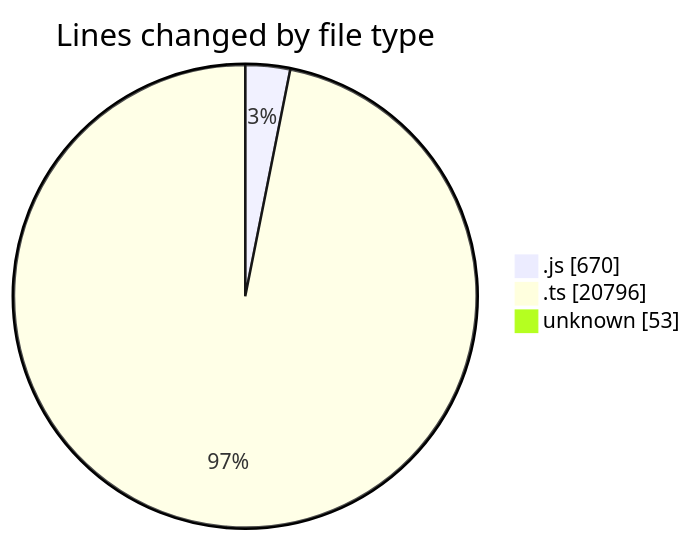
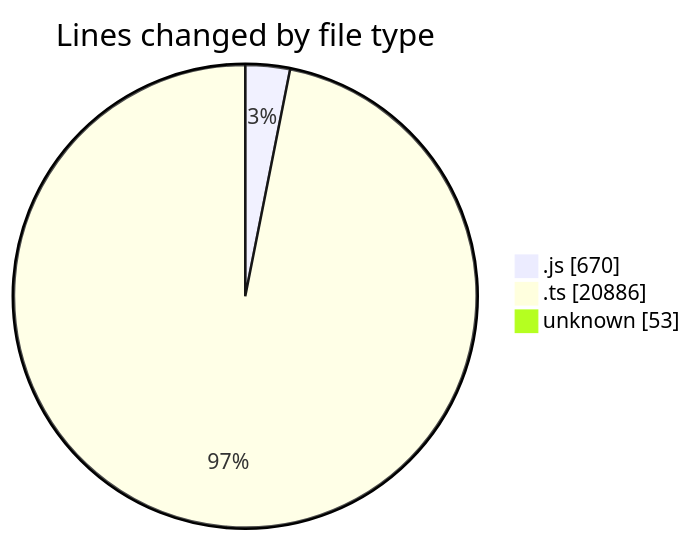
The first of 2 diagrams in 2026-08-21/cda/README.md (momahboobian/code-tracking), drawn with Mermaid before and after one commit. The commit also changed other lines of this file and 1 other file, not shown here.

````diff
--- a/2026-08-21/cda/README.md
+++ b/2026-08-21/cda/README.md
@@ -34,7 +34,7 @@
 ```mermaid
 pie showData
 title Lines changed by file type
 ".js" : 670
-".ts" : 20796
+".ts" : 20886
 "unknown" : 53
 ```
````
